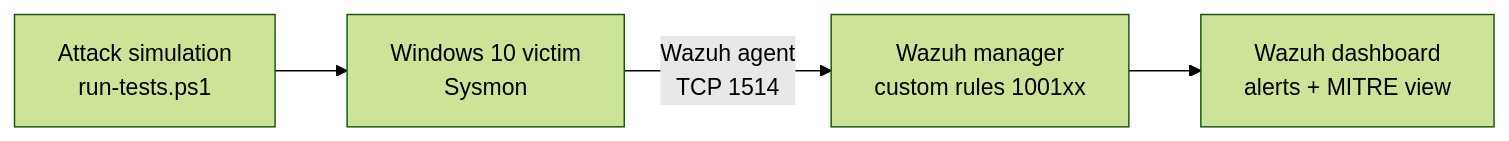
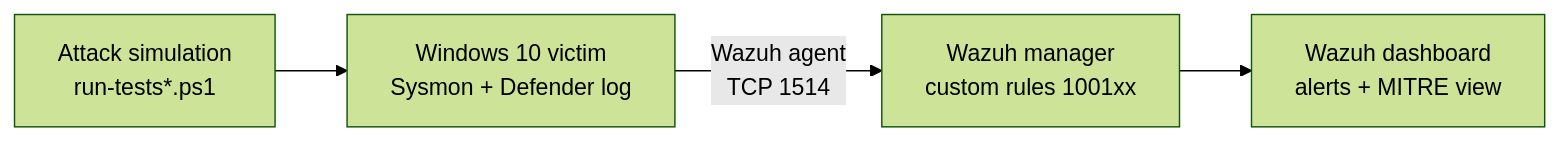
The diagram in README.md (Hussien45q/detection-engineering-lab), drawn with Mermaid (forest theme) before and after one commit. The commit also changed other lines of this file, not shown here.

Commit message:
Week 3: README results, findings and roadmap

````diff
--- a/README.md
+++ b/README.md
@@ -9,6 +9,6 @@
 ```mermaid
 flowchart LR
-    A[Attack simulation<br/>run-tests.ps1] --> B[Windows 10 victim<br/>Sysmon]
+    A[Attack simulation<br/>run-tests*.ps1] --> B[Windows 10 victim<br/>Sysmon + Defender log]
     B -->|Wazuh agent<br/>TCP 1514| C[Wazuh manager<br/>custom rules 1001xx]
     C --> D[Wazuh dashboard<br/>alerts + MITRE view]
 ```
````
